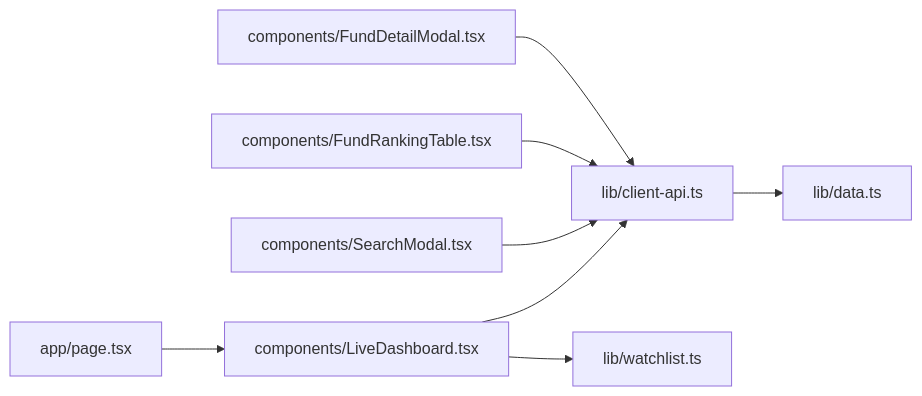
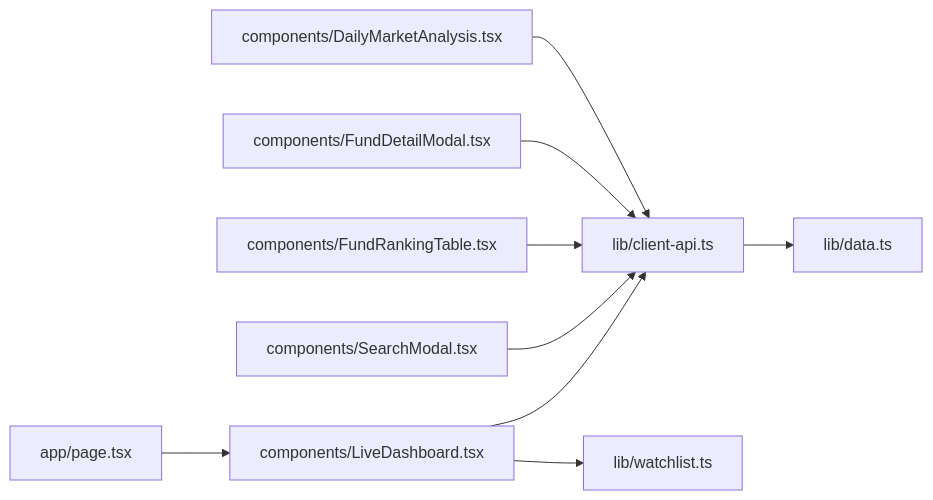
The sixth of 6 diagrams in .qoder/repowiki/zh/content/数据管理/API客户端.md (Neveryu/react-fund), drawn with Mermaid before and after one commit. The commit also changed other lines of this file and 15 other files, not shown here.

````diff
--- a/.qoder/repowiki/zh/content/数据管理/API客户端.md
+++ b/.qoder/repowiki/zh/content/数据管理/API客户端.md
@@ -311,10 +383,11 @@
 ```mermaid
 graph LR
 Page["app/page.tsx"] --> Dashboard["components/LiveDashboard.tsx"]
 Dashboard --> ClientAPI["lib/client-api.ts"]
 SearchModal["components/SearchModal.tsx"] --> ClientAPI
 FundRanking["components/FundRankingTable.tsx"] --> ClientAPI
 FundDetail["components/FundDetailModal.tsx"] --> ClientAPI
+DailyAnalysis["components/DailyMarketAnalysis.tsx"] --> ClientAPI
 ClientAPI --> DataModel["lib/data.ts"]
 Dashboard --> Watchlist["lib/watchlist.ts"]
 ```
````
